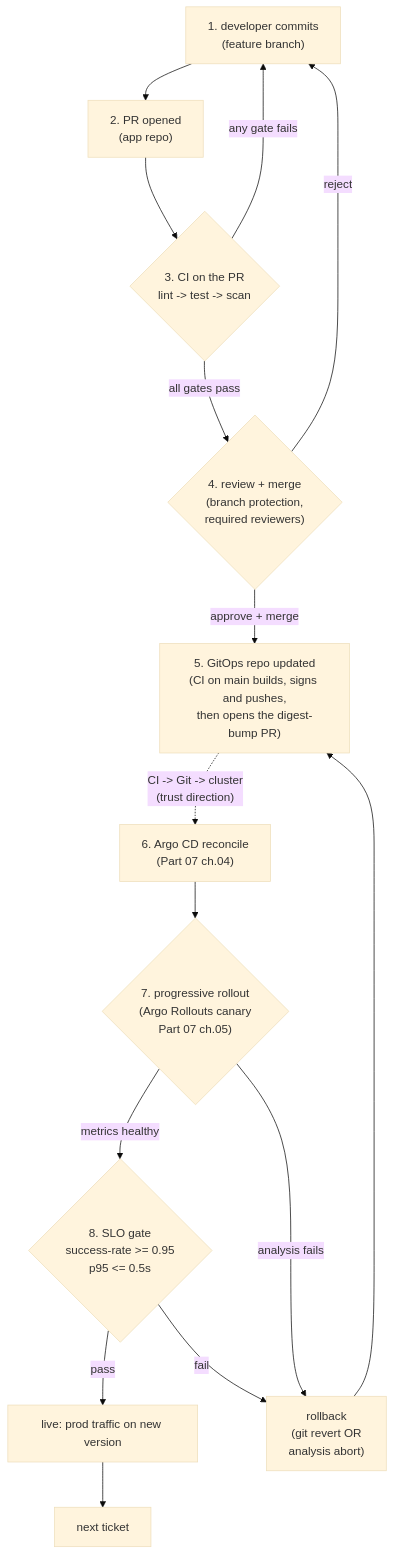
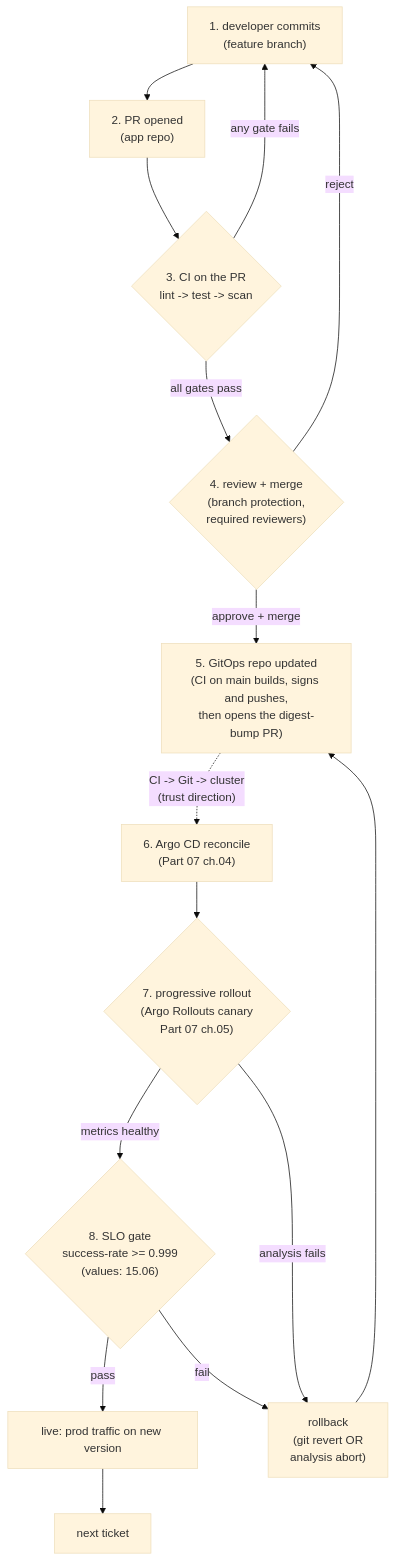
The diagram in full-guide/15-day-to-day-production-ops/01-pr-to-production-lifecycle.md (abd-ulbasit/bookstore-kubernetes-guide), drawn with Mermaid (base theme) before and after one commit. The commit also changed other lines of this file and 7 other files, not shown here.

````diff
--- a/full-guide/15-day-to-day-production-ops/01-pr-to-production-lifecycle.md
+++ b/full-guide/15-day-to-day-production-ops/01-pr-to-production-lifecycle.md
@@ -121,28 +121,28 @@
 ```mermaid
 flowchart TD
     dev["1. developer commits<br/>(feature branch)"]
     pr["2. PR opened<br/>(app repo)"]
     ci{"3. CI on the PR<br/>lint -> test -> scan"}
     rev{"4. review + merge<br/>(branch protection,<br/>required reviewers)"}
     gops["5. GitOps repo updated<br/>(CI on main builds, signs and pushes,<br/>then opens the digest-bump PR)"]
     argo["6. Argo CD reconcile<br/>(Part 07 ch.04)"]
     canary{"7. progressive rollout<br/>(Argo Rollouts canary<br/>Part 07 ch.05)"}
-    slo{"8. SLO gate<br/>success-rate &gt;= 0.95<br/>p95 &lt;= 0.5s"}
+    slo{"8. SLO gate<br/>success-rate &gt;= 0.999<br/>(values: 15.06)"}
     prod["live: prod traffic on new version"]
     rollback["rollback<br/>(git revert OR<br/>analysis abort)"]
     next["next ticket"]
 
     dev --> pr --> ci
     ci -- "any gate fails" --> dev
     ci -- "all gates pass" --> rev
     rev -- "reject" --> dev
     rev -- "approve + merge" --> gops
     gops -. "CI -&gt; Git -&gt; cluster<br/>(trust direction)" .-> argo
     argo --> canary
     canary -- "metrics healthy" --> slo
     canary -- "analysis fails" --> rollback
     slo -- "pass" --> prod
     slo -- "fail" --> rollback
     rollback --> gops
     prod --> next
 ```
````
